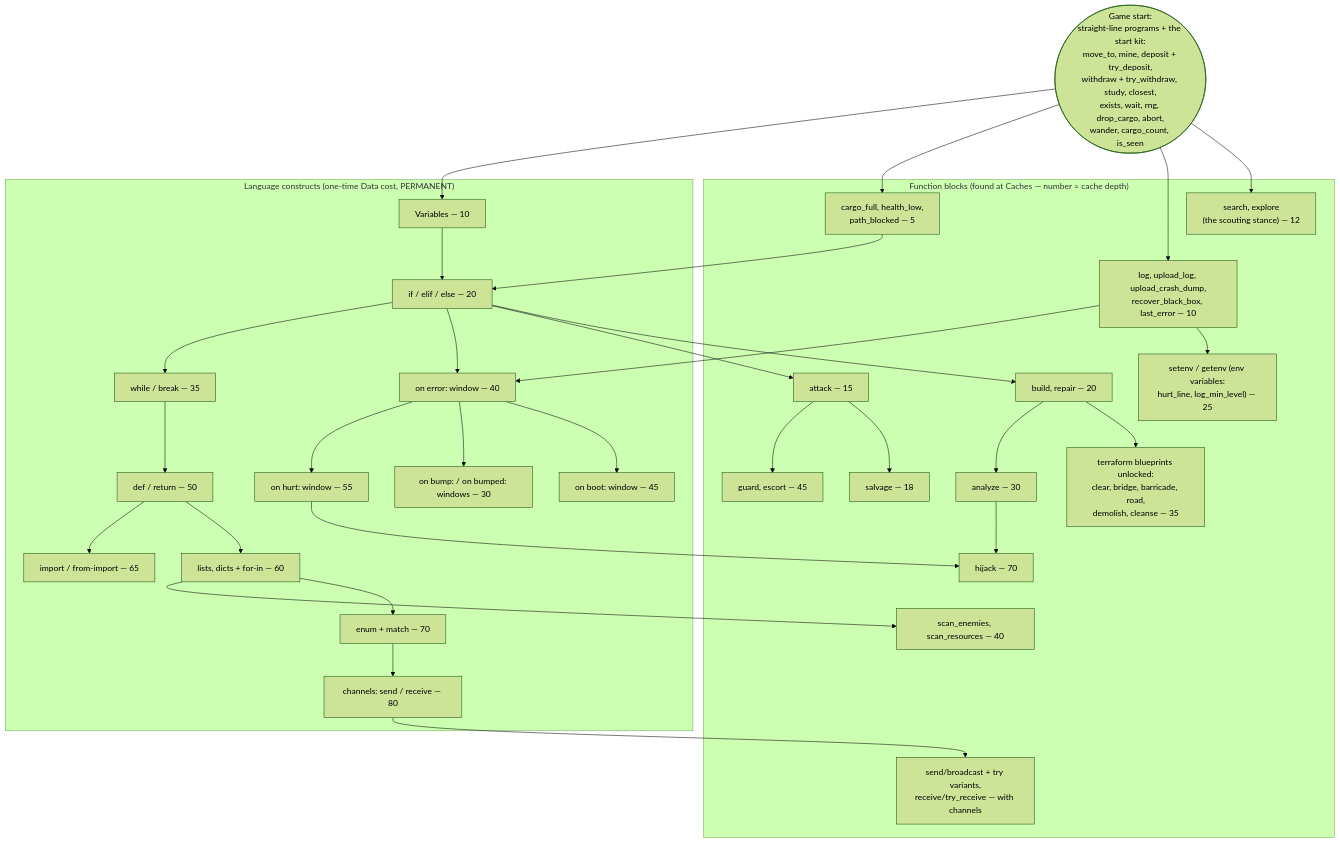
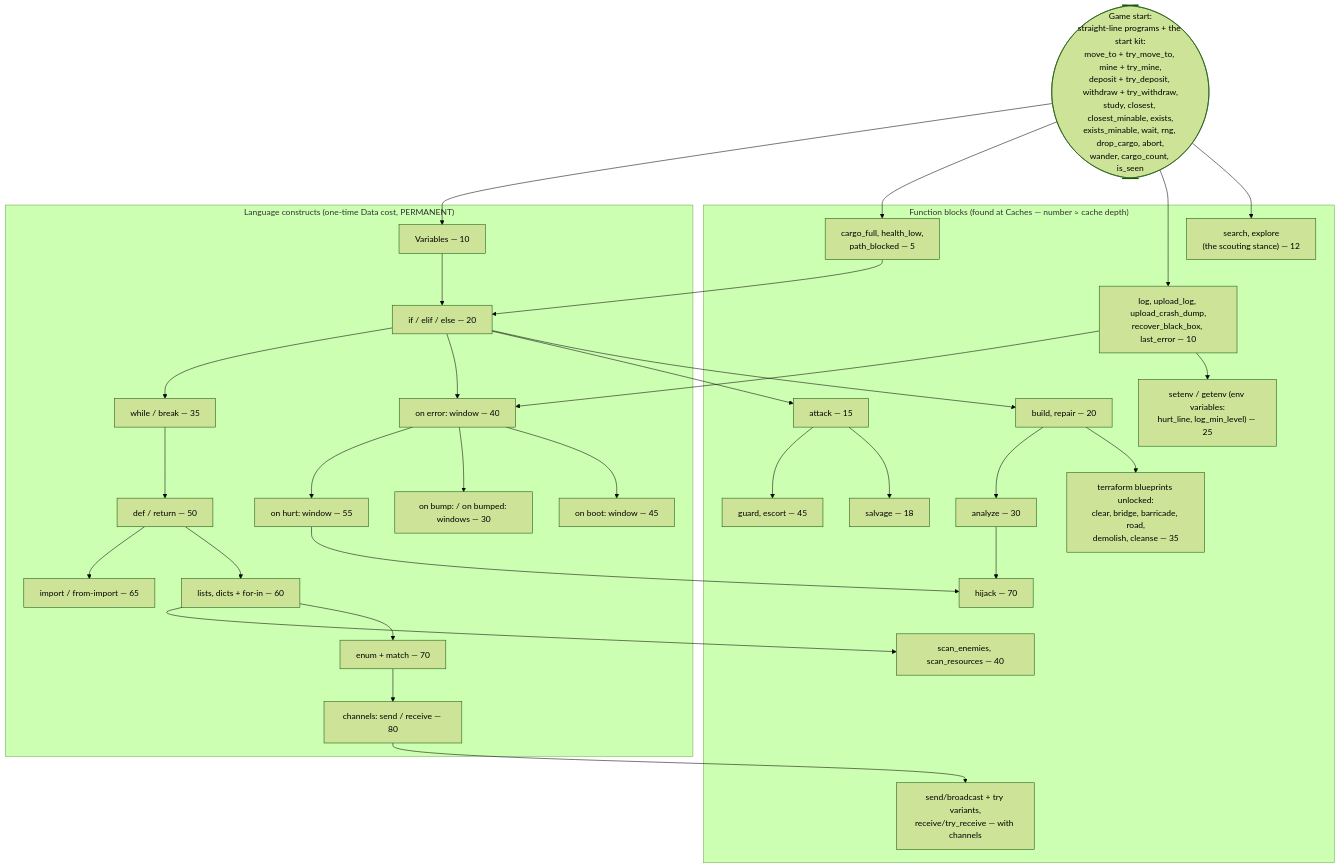
One commit to mmmtastymmm/programming-game-planned changed the diagram in docs/06-progression.md. Above: the diagram before and after it, drawn with Mermaid (forest theme). The commit also changed 2 other files, not shown here.

````diff
--- a/docs/06-progression.md
+++ b/docs/06-progression.md
@@ -31,64 +31,64 @@
 ```mermaid
 flowchart TD
-    START([Game start:<br/>straight-line programs + the start kit:<br/>move_to, mine, deposit + try_deposit,<br/>withdraw + try_withdraw, study, closest,<br/>exists, wait, rng, drop_cargo, abort,<br/>wander, cargo_count, is_seen])
+    START([Game start:<br/>straight-line programs + the start kit:<br/>move_to + try_move_to, mine + try_mine,<br/>deposit + try_deposit, withdraw + try_withdraw,<br/>study, closest, closest_minable, exists,<br/>exists_minable, wait, rng, drop_cargo, abort,<br/>wander, cargo_count, is_seen])
 
     subgraph Constructs["Language constructs (one-time Data cost, PERMANENT)"]
         VAR["Variables — 10"]
         IF["if / elif / else — 20"]
         WHILE["while / break — 35"]
         SIG1["on error: window — 40"]
         SIG2["on hurt: window — 55"]
         BUMP_H["on bump: / on bumped: windows — 30"]
         BOOT_W["on boot: window — 45"]
         DEF["def / return — 50"]
         IMPORT["import / from-import — 65"]
         LIST["lists, dicts + for-in — 60"]
         ENUM["enum + match — 70"]
         MSG_C["channels: send / receive — 80"]
     end
 
     subgraph Functions["Function blocks (found at Caches — number ≈ cache depth)"]
         F_SENSE["cargo_full, health_low,<br/>path_blocked — 5"]
         F_SEARCH["search, explore<br/>(the scouting stance) — 12"]
         F_LOG["log, upload_log, upload_crash_dump,<br/>recover_black_box, last_error — 10"]
         F_SALV["salvage — 18"]
         F_ATK["attack — 15"]
         F_BUILD["build, repair — 20"]
         F_SCAN["scan_enemies, scan_resources — 40"]
         F_AN["analyze — 30"]
         F_BC["send/broadcast + try variants,<br/>receive/try_receive — with channels"]
         F_GUARD["guard, escort — 45"]
         F_HIJACK["hijack — 70"]
         F_TERRA["terraform blueprints unlocked:<br/>clear, bridge, barricade, road,<br/>demolish, cleanse — 35"]
         F_ENV["setenv / getenv (env variables:<br/>hurt_line, log_min_level) — 25"]
     end
 
     START --> VAR
     START --> F_SENSE
     START --> F_LOG
     VAR --> IF
     F_SENSE --> IF
     IF --> WHILE
     IF --> SIG1
     F_LOG --> SIG1
     SIG1 --> SIG2
     IF --> F_ATK
     F_ATK --> F_GUARD
     F_ATK --> F_SALV
     IF --> F_BUILD
     WHILE --> DEF
     DEF --> IMPORT
     START --> F_SEARCH
     F_LOG --> F_ENV
     SIG1 --> BUMP_H
     SIG1 --> BOOT_W
     F_BUILD --> F_AN
     F_BUILD --> F_TERRA
     F_AN --> F_HIJACK
     SIG2 --> F_HIJACK
     DEF --> LIST
     LIST --> F_SCAN
     LIST --> ENUM
     ENUM --> MSG_C
     MSG_C --> F_BC
 ```
````
